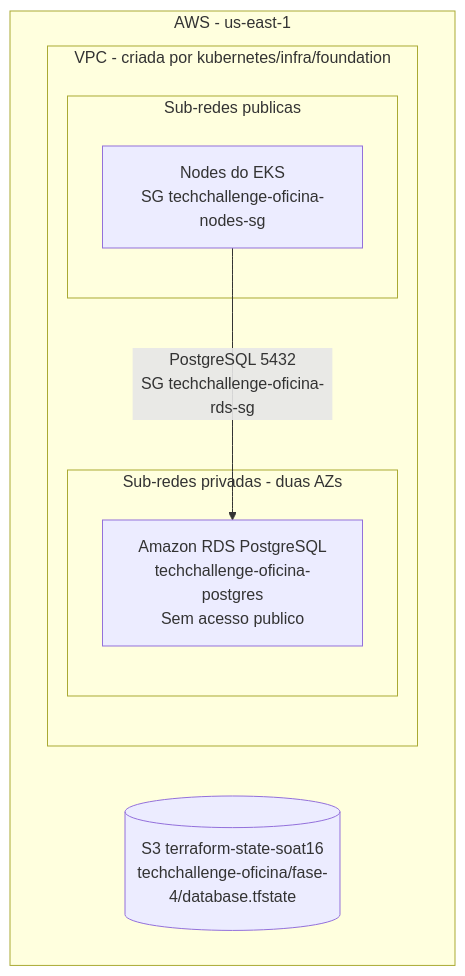
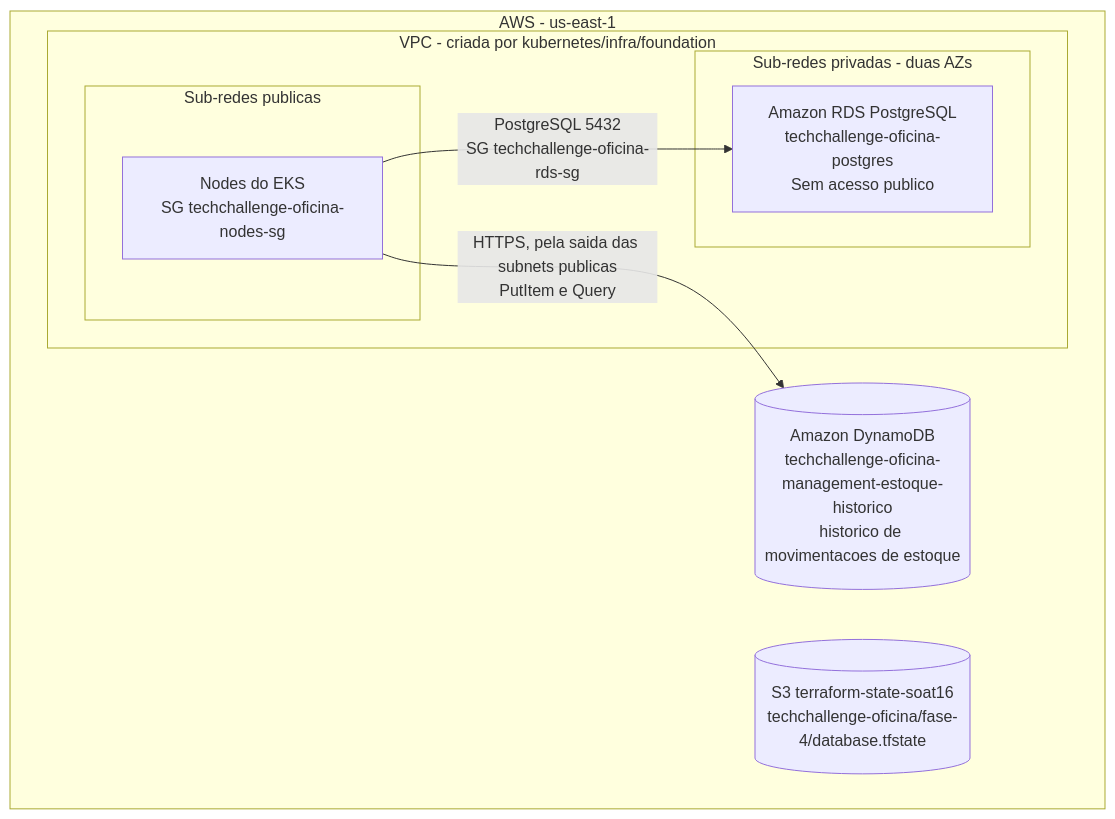
One commit to GuiToniello/tech-challenge-fase-4-MANAGEMENT-soat16-rm374658 changed the diagram in DB/README.md. Above: the diagram before and after it, drawn with Mermaid. The commit also changed other lines of this file and 79 other files, not shown here.

````diff
--- a/DB/README.md
+++ b/DB/README.md
@@ -23,18 +26,20 @@
 ```mermaid
 flowchart TD
   subgraph AWS[AWS - us-east-1]
     subgraph VPC[VPC - criada por kubernetes/infra/foundation]
       subgraph PublicSubnets[Sub-redes publicas]
         Nodes[Nodes do EKS\nSG techchallenge-oficina-nodes-sg]
       end
 
       subgraph PrivateSubnets[Sub-redes privadas - duas AZs]
         RDS[Amazon RDS PostgreSQL\ntechchallenge-oficina-postgres\nSem acesso publico]
       end
     end
 
+    DDB[(Amazon DynamoDB\ntechchallenge-oficina-management-estoque-historico\nhistorico de movimentacoes de estoque)]
     S3[(S3 terraform-state-soat16\ntechchallenge-oficina/fase-4/database.tfstate)]
   end
 
   Nodes -->|PostgreSQL 5432\nSG techchallenge-oficina-rds-sg| RDS
+  Nodes -->|HTTPS, pela saida das subnets publicas\nPutItem e Query| DDB
 ```
````
